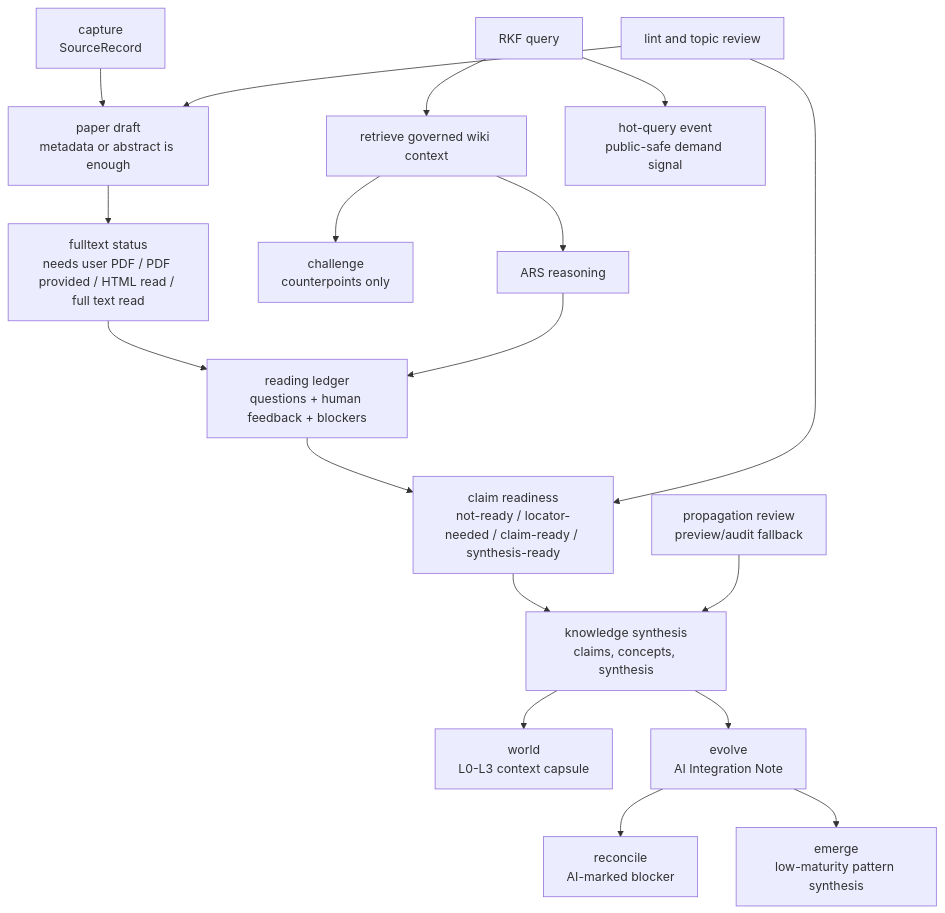
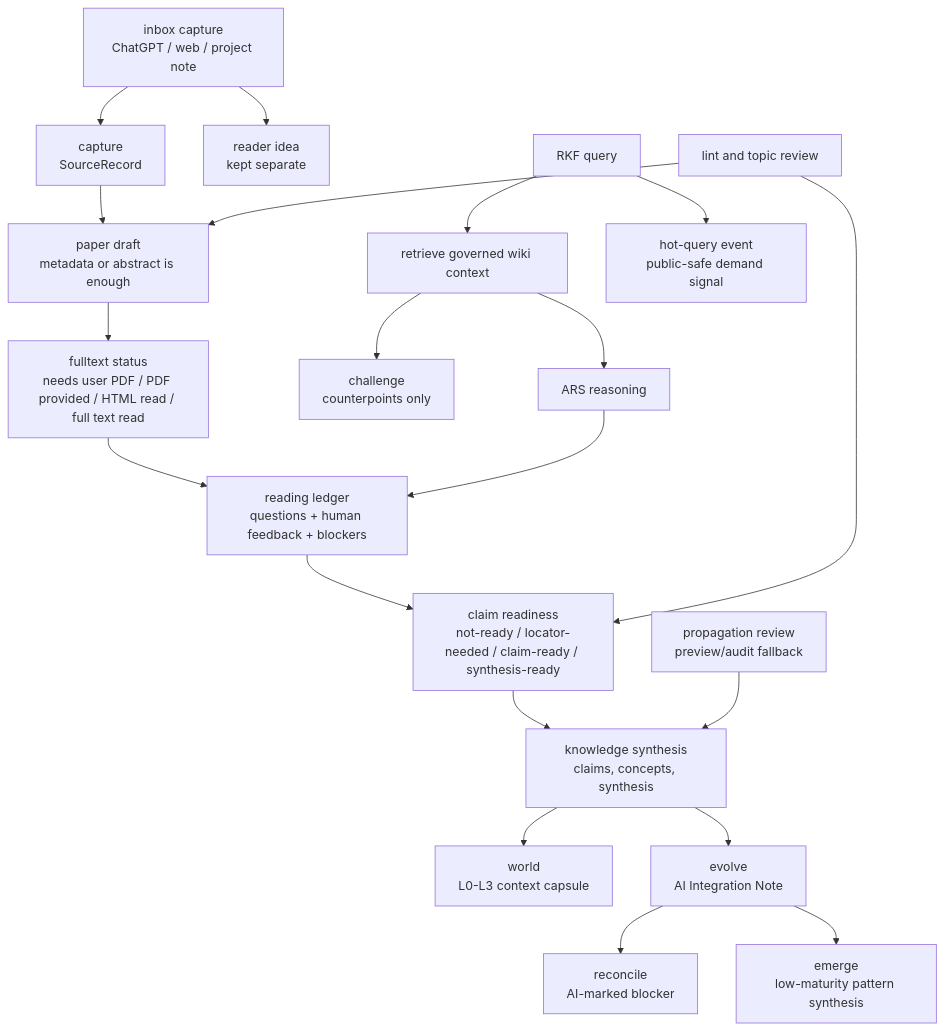
One commit to ChenHau-Lan/ResearchWiki changed the diagram in docs/ARCHITECTURE.md. Above: the diagram before and after it, drawn with Mermaid. The commit also changed other lines of this file and 33 other files, not shown here.

````diff
--- a/docs/ARCHITECTURE.md
+++ b/docs/ARCHITECTURE.md
@@ -35,20 +37,22 @@
 ```mermaid
 flowchart TD
-    A["capture<br/>SourceRecord"] --> B["paper draft<br/>metadata or abstract is enough"]
+    Z["inbox capture<br/>ChatGPT / web / project note"] --> A["capture<br/>SourceRecord"]
+    Z --> R["reader idea<br/>kept separate"]
+    A --> B["paper draft<br/>metadata or abstract is enough"]
     B --> C["fulltext status<br/>needs user PDF / PDF provided / HTML read / full text read"]
     C --> D["reading ledger<br/>questions + human feedback + blockers"]
     D --> E["claim readiness<br/>not-ready / locator-needed / claim-ready / synthesis-ready"]
     E --> F["knowledge synthesis<br/>claims, concepts, synthesis"]
     F --> M["world<br/>L0-L3 context capsule"]
     F --> N["evolve<br/>AI Integration Note"]
     N --> O["reconcile<br/>AI-marked blocker"]
     N --> Q["emerge<br/>low-maturity pattern synthesis"]
     H --> P["challenge<br/>counterpoints only"]
     G["RKF query"] --> H["retrieve governed wiki context"]
     G --> I["hot-query event<br/>public-safe demand signal"]
     H --> J["ARS reasoning"]
     J --> D
     K["lint and topic review"] --> B
     K --> E
     L["propagation review<br/>preview/audit fallback"] --> F
 ```
````
